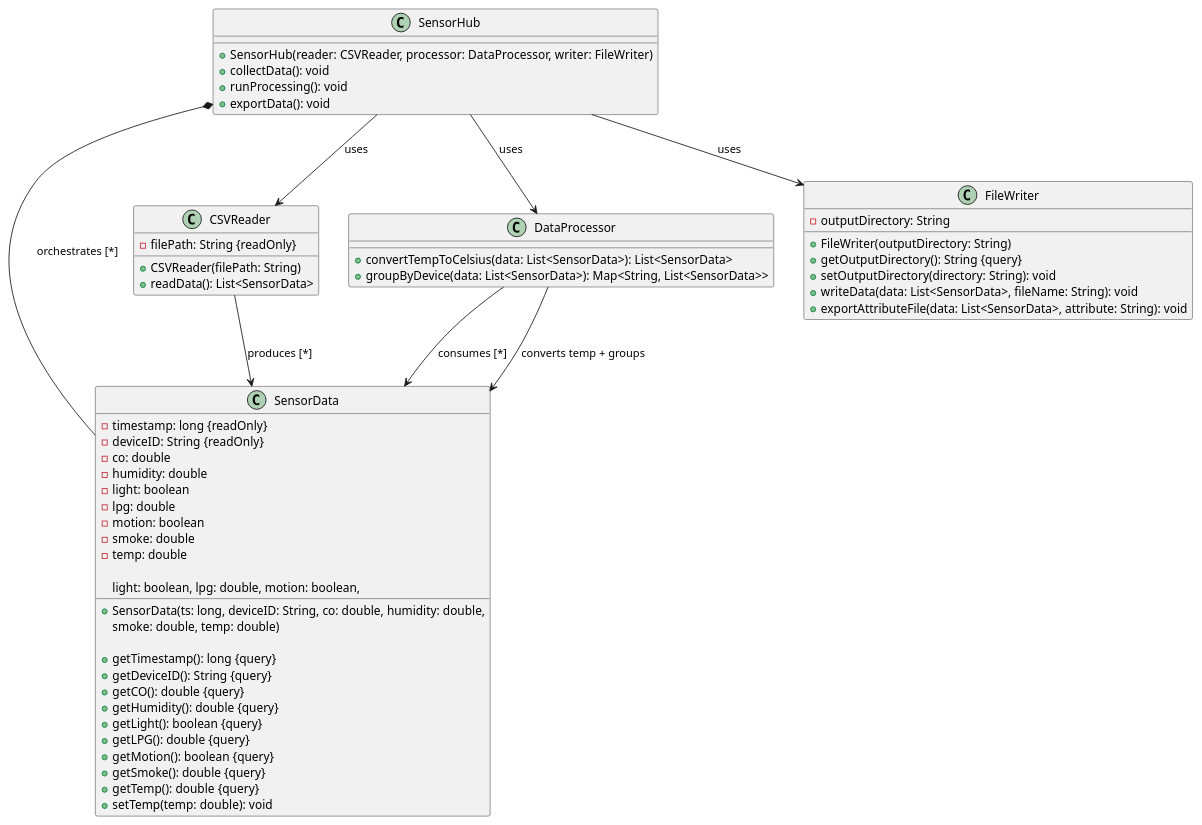
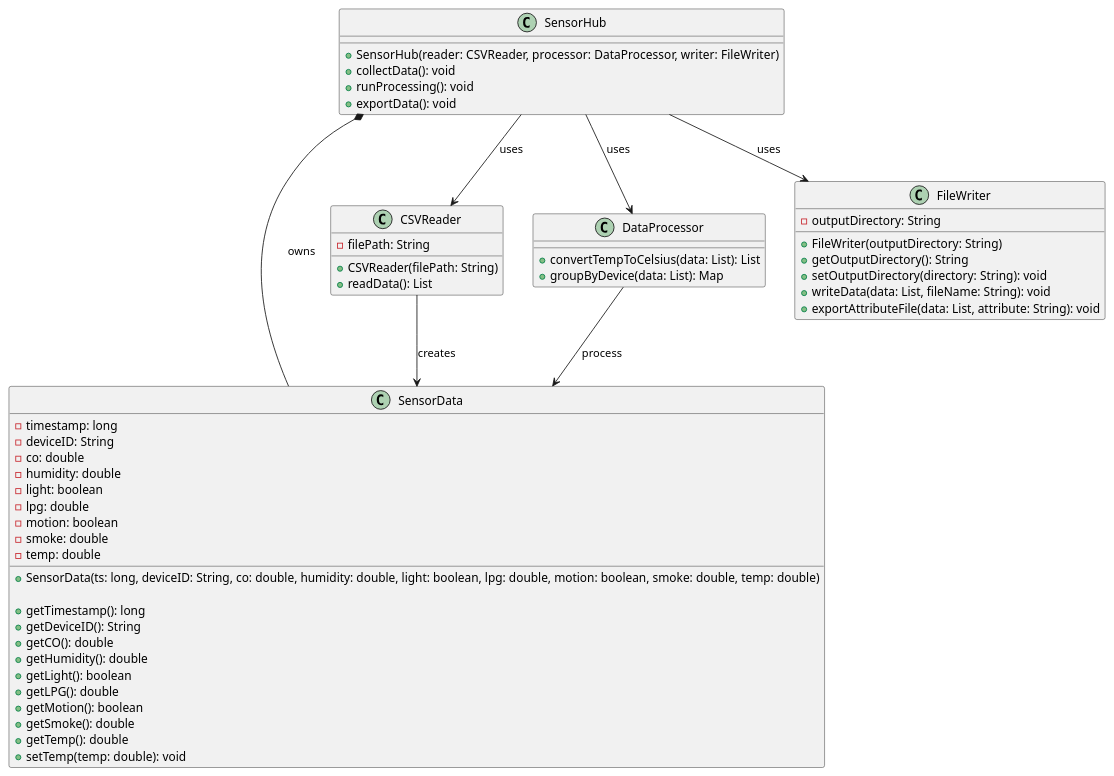
The diagram in DiagramsCode/UMLDiagramREVISED.puml (mariec-j/ECE2310_Final_Project), drawn with PlantUML before and after one commit.

```diff
--- a/DiagramsCode/UMLDiagramREVISED.puml
+++ b/DiagramsCode/UMLDiagramREVISED.puml
@@ -1,65 +1,62 @@
 @startuml groupProjectUMLRevised
 
 class SensorData {
-  - timestamp: long {readOnly}
-  - deviceID: String {readOnly}
+  - timestamp: long
+  - deviceID: String
   - co: double
   - humidity: double
   - light: boolean
   - lpg: double
   - motion: boolean
   - smoke: double
   - temp: double
 
-  + SensorData(ts: long, deviceID: String, co: double, humidity: double,
-               light: boolean, lpg: double, motion: boolean,
-               smoke: double, temp: double)
+  + SensorData(ts: long, deviceID: String, co: double, humidity: double, light: boolean, lpg: double, motion: boolean, smoke: double, temp: double)
 
-  + getTimestamp(): long {query}
-  + getDeviceID(): String {query}
-  + getCO(): double {query}
-  + getHumidity(): double {query}
-  + getLight(): boolean {query}
-  + getLPG(): double {query}
-  + getMotion(): boolean {query}
-  + getSmoke(): double {query}
-  + getTemp(): double {query}
+  + getTimestamp(): long
+  + getDeviceID(): String
+  + getCO(): double
+  + getHumidity(): double
+  + getLight(): boolean
+  + getLPG(): double
+  + getMotion(): boolean
+  + getSmoke(): double
+  + getTemp(): double
   + setTemp(temp: double): void
 }
 
 class CSVReader {
-  - filePath: String {readOnly}
+  - filePath: String
   + CSVReader(filePath: String)
-  + readData(): List<SensorData>
+  + readData(): List
 }
 
 class DataProcessor {
-  + convertTempToCelsius(data: List<SensorData>): List<SensorData>
-  + groupByDevice(data: List<SensorData>): Map<String, List<SensorData>>
+  + convertTempToCelsius(data: List): List
+  + groupByDevice(data: List): Map
 }
 
 class FileWriter {
   - outputDirectory: String
   + FileWriter(outputDirectory: String)
-  + getOutputDirectory(): String {query}
+  + getOutputDirectory(): String
   + setOutputDirectory(directory: String): void
-  + writeData(data: List<SensorData>, fileName: String): void
-  + exportAttributeFile(data: List<SensorData>, attribute: String): void
+  + writeData(data: List, fileName: String): void
+  + exportAttributeFile(data: List, attribute: String): void
 }
 
 class SensorHub {
   + SensorHub(reader: CSVReader, processor: DataProcessor, writer: FileWriter)
   + collectData(): void
   + runProcessing(): void
   + exportData(): void
 }
 
-CSVReader --> SensorData : produces [*]
-DataProcessor --> SensorData : consumes [*]
-DataProcessor --> SensorData : converts temp + groups
-SensorHub *-- SensorData : orchestrates [*]
-SensorHub --> CSVReader : uses
-SensorHub --> DataProcessor : uses
-SensorHub --> FileWriter : uses
+CSVReader --> SensorData : "creates"
+DataProcessor --> SensorData : "process"
+SensorHub *-- SensorData : "owns"
+SensorHub --> CSVReader : "uses"
+SensorHub --> DataProcessor : "uses"
+SensorHub --> FileWriter : "uses"
 
 @enduml
```
